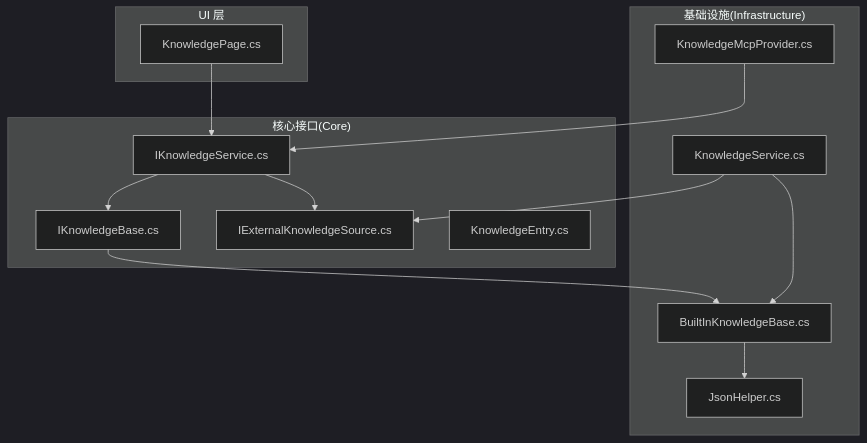
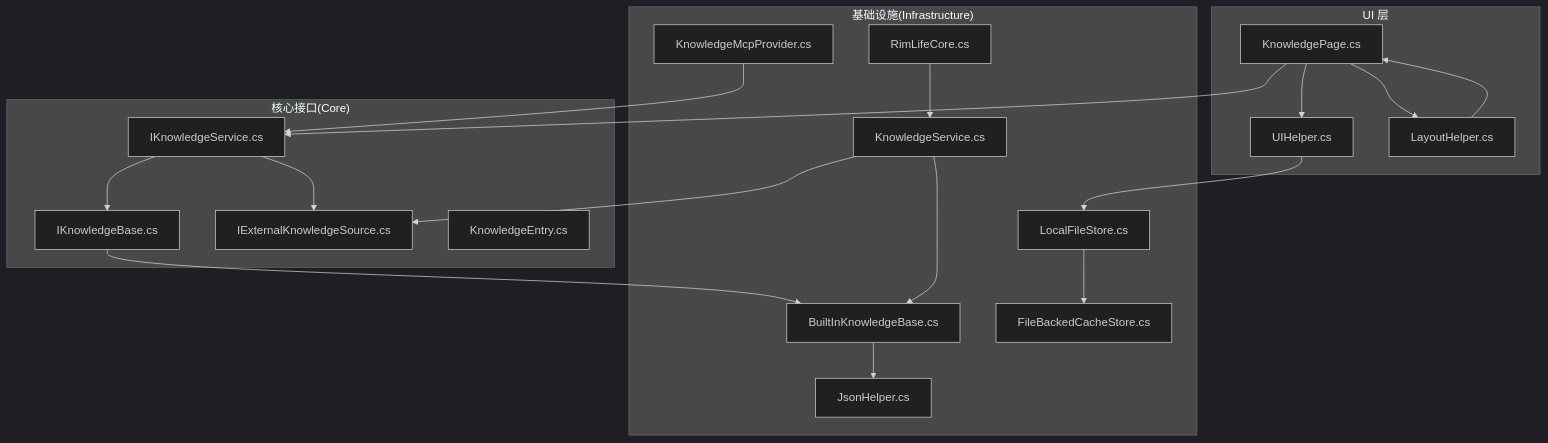
The first of 6 diagrams in .qoder/repowiki/zh/content/用户界面系统/知识页面.md (suzvka/RimLife), drawn with Mermaid (dark theme) before and after one commit. The commit also changed other lines of this file and 19 other files, not shown here.

````diff
--- a/.qoder/repowiki/zh/content/用户界面系统/知识页面.md
+++ b/.qoder/repowiki/zh/content/用户界面系统/知识页面.md
@@ -45,26 +62,37 @@
 ```mermaid
 graph TB
 subgraph "UI 层"
 KP["KnowledgePage.cs"]
+UIH["UIHelper.cs"]
+LH["LayoutHelper.cs"]
 end
 subgraph "核心接口(Core)"
 IKSvc["IKnowledgeService.cs"]
 IKBase["IKnowledgeBase.cs"]
 IExtSrc["IExternalKnowledgeSource.cs"]
 KEntry["KnowledgeEntry.cs"]
 end
 subgraph "基础设施(Infrastructure)"
 Builtin["BuiltInKnowledgeBase.cs"]
 Svc["KnowledgeService.cs"]
 MCP["KnowledgeMcpProvider.cs"]
 JH["JsonHelper.cs"]
+LFS["LocalFileStore.cs"]
+FBS["FileBackedCacheStore.cs"]
+RLC["RimLifeCore.cs"]
 end
 KP --> IKSvc
+KP --> UIH
+KP --> LH
+UIH --> LFS
+LH --> KP
 IKSvc --> IKBase
 IKSvc --> IExtSrc
 IKBase --> Builtin
 Svc --> Builtin
 Svc --> IExtSrc
 MCP --> IKSvc
 Builtin --> JH
+RLC --> Svc
+LFS --> FBS
 ```
````
